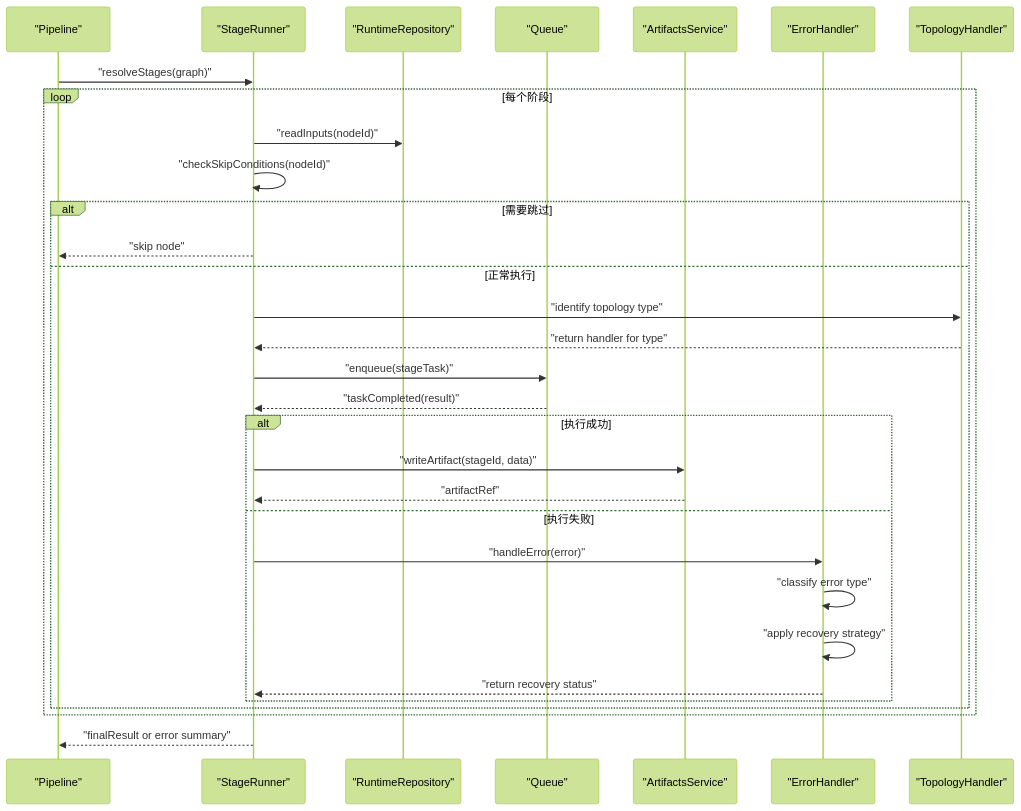
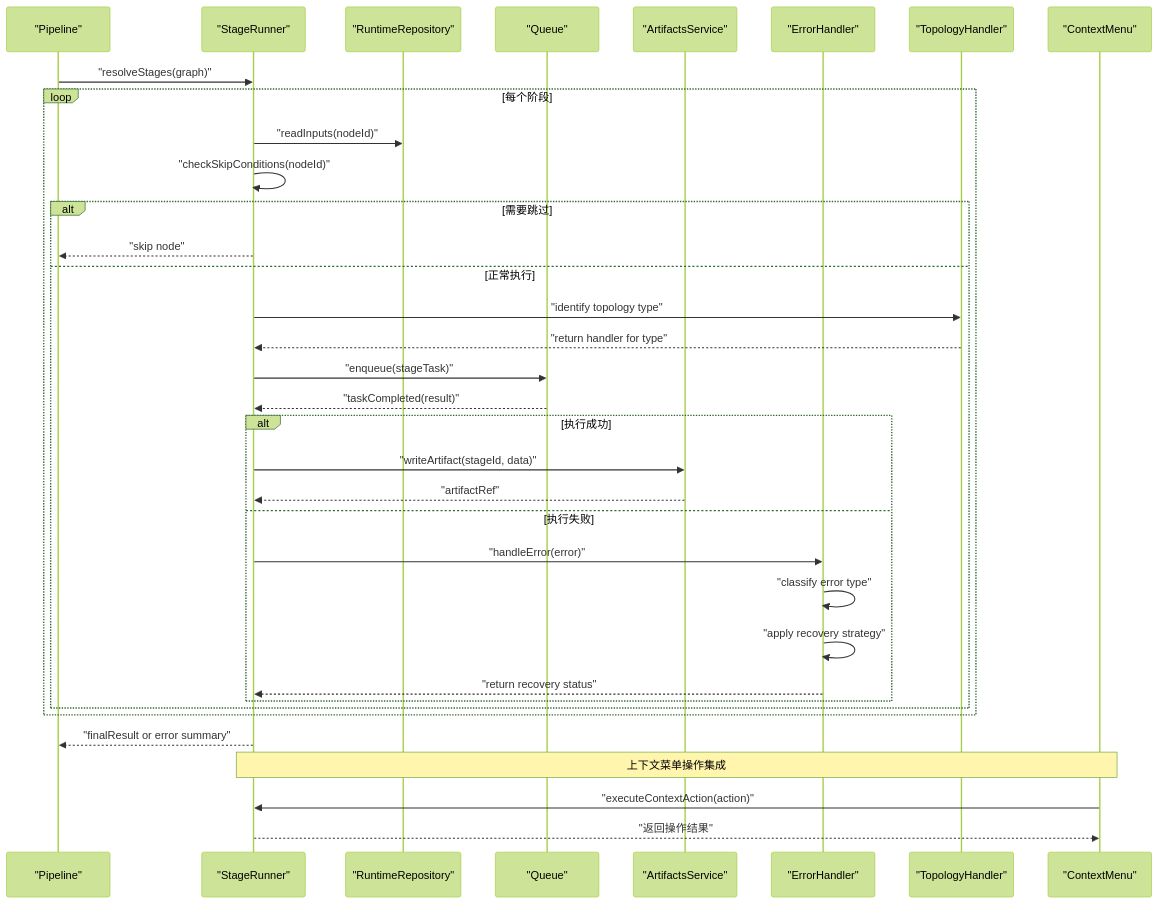
Before and after one commit to scottcwy/PurpleInk: diagram 12 of 19 in .qoder/repowiki/zh/content/画布编辑器/画布编辑器.md, drawn with Mermaid (forest theme). The commit also changed other lines of this file and 23 other files, not shown here.

````diff
--- a/.qoder/repowiki/zh/content/画布编辑器/画布编辑器.md
+++ b/.qoder/repowiki/zh/content/画布编辑器/画布编辑器.md
@@ -544,33 +691,37 @@
 ```mermaid
 sequenceDiagram
 participant Pipeline as "Pipeline"
 participant Runner as "StageRunner"
 participant Repo as "RuntimeRepository"
 participant Queue as "Queue"
 participant Artifacts as "ArtifactsService"
 participant ErrorHandler as "ErrorHandler"
 participant TopologyHandler as "TopologyHandler"
+participant ContextMenu as "ContextMenu"
 Pipeline->>Runner : "resolveStages(graph)"
 loop 每个阶段
 Runner->>Repo : "readInputs(nodeId)"
 Runner->>Runner : "checkSkipConditions(nodeId)"
 alt 需要跳过
 Runner-->>Pipeline : "skip node"
 else 正常执行
 Runner->>TopologyHandler : "identify topology type"
 TopologyHandler-->>Runner : "return handler for type"
 Runner->>Queue : "enqueue(stageTask)"
 Queue-->>Runner : "taskCompleted(result)"
 alt 执行成功
 Runner->>Artifacts : "writeArtifact(stageId, data)"
 Artifacts-->>Runner : "artifactRef"
 else 执行失败
 Runner->>ErrorHandler : "handleError(error)"
 ErrorHandler->>ErrorHandler : "classify error type"
 ErrorHandler->>ErrorHandler : "apply recovery strategy"
 ErrorHandler-->>Runner : "return recovery status"
 end
 end
 end
 Runner-->>Pipeline : "finalResult or error summary"
+Note over Runner,ContextMenu : 上下文菜单操作集成
+ContextMenu->>Runner : "executeContextAction(action)"
+Runner-->>ContextMenu : "返回操作结果"
 ```
````
